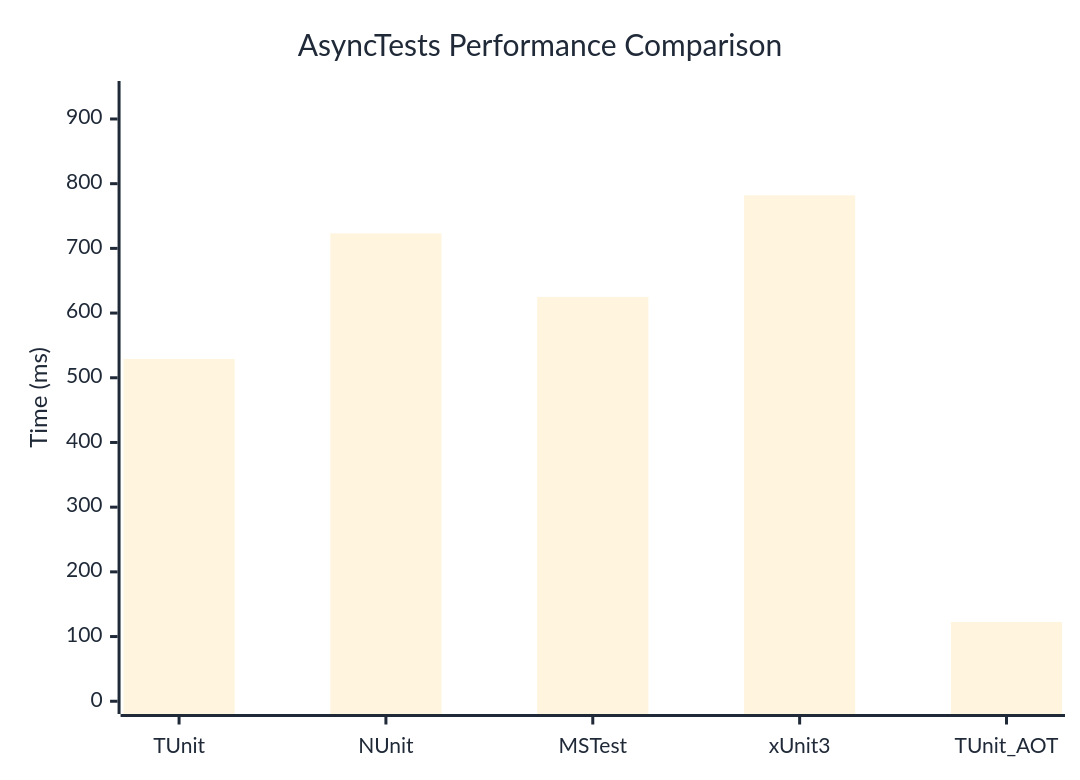
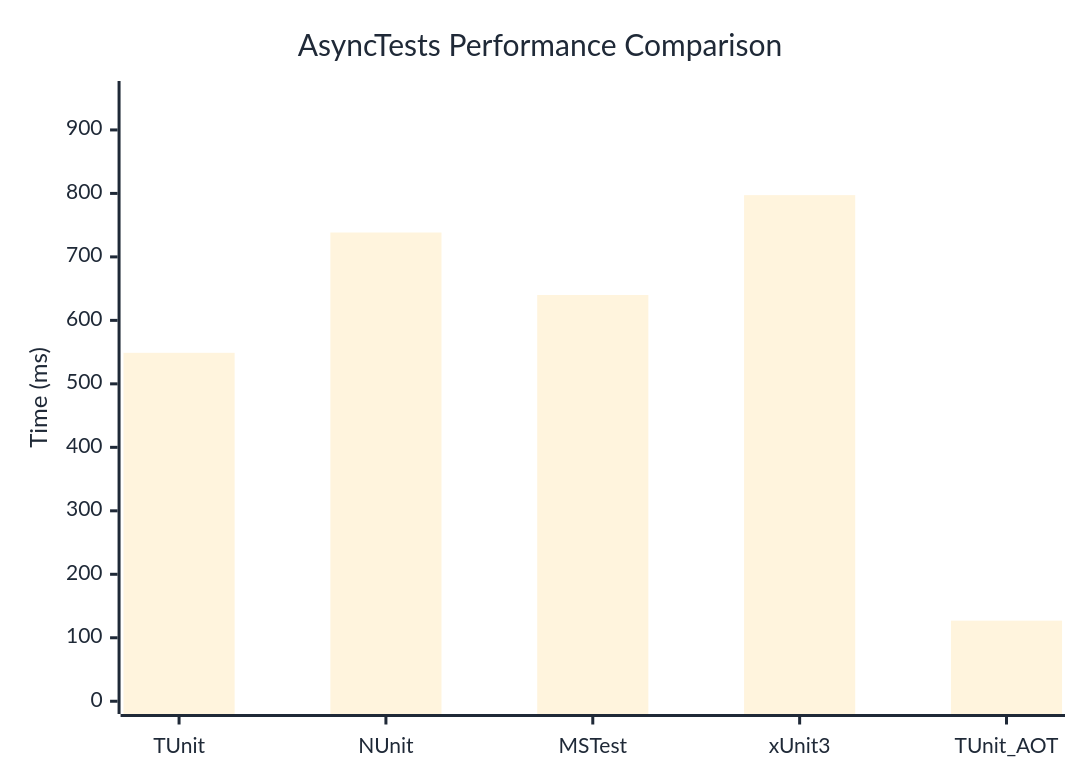
The diagram in docs/docs/benchmarks/AsyncTests.md (thomhurst/TUnit), drawn with Mermaid before and after one commit. The commit also changed other lines of this file and 17 other files, not shown here.

````diff
--- a/docs/docs/benchmarks/AsyncTests.md
+++ b/docs/docs/benchmarks/AsyncTests.md
@@ -27,37 +27,37 @@
 ```mermaid
 %%{init: {
   'theme':'base',
   'themeVariables': {
     'primaryColor': '#2563eb',
     'primaryTextColor': '#1f2937',
     'primaryBorderColor': '#1e40af',
     'lineColor': '#6b7280',
     'secondaryColor': '#7c3aed',
     'tertiaryColor': '#dc2626',
     'background': '#ffffff',
     'mainBkg': '#2563eb',
     'secondBkg': '#7c3aed',
     'tertiaryBkg': '#dc2626',
     'clusterBkg': '#f3f4f6',
     'edgeLabelBackground': '#ffffff',
     'tertiaryTextColor': '#1f2937',
     'pie1': '#2563eb',
     'pie2': '#7c3aed',
     'pie3': '#dc2626',
     'pie4': '#f59e0b',
     'pie5': '#10b981',
     'pie6': '#06b6d4',
     'pie7': '#ec4899',
     'pie8': '#6366f1',
     'pie9': '#84cc16',
     'pie10': '#f97316',
     'pie11': '#14b8a6',
     'pie12': '#a855f7'
   }
 }}%%
 xychart-beta
   title "AsyncTests Performance Comparison"
   x-axis ["TUnit", "NUnit", "MSTest", "xUnit3", "TUnit_AOT"]
-  y-axis "Time (ms)" 0 --> 939
-  bar [529.1, 723.3, 625, 781.9, 122.6]
+  y-axis "Time (ms)" 0 --> 957
+  bar [548.9, 738.4, 640, 797.3, 127]
 ```
````
